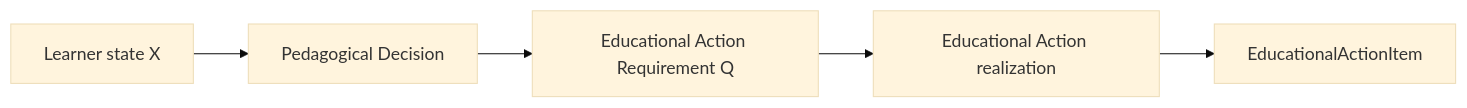
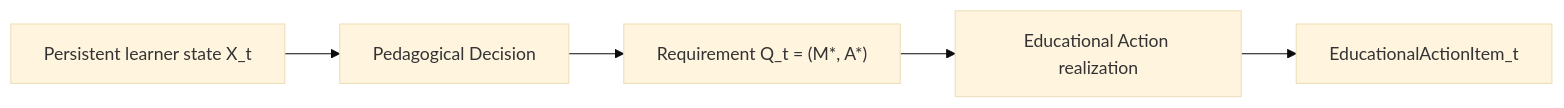
Before and after one commit to thatao72/three-twin-docs: the third of 7 diagrams in content/architecture.md, drawn with Mermaid (base theme). The commit also changed other lines of this file, not shown here.

Commit message:
Rewrite architecture overview for current mathematical model

````diff
--- a/content/architecture.md
+++ b/content/architecture.md
@@ -234,10 +283,10 @@
 ```mermaid
 flowchart LR
-    X["Learner state X"]
+    X["Persistent learner state X_t"]
     PD["Pedagogical Decision"]
-    Q["Educational Action Requirement Q"]
+    Q["Requirement Q_t = (M*, A*)"]
     EA["Educational Action realization"]
-    I["EducationalActionItem"]
+    I["EducationalActionItem_t"]
 
     X --> PD --> Q --> EA --> I
 ```
````
